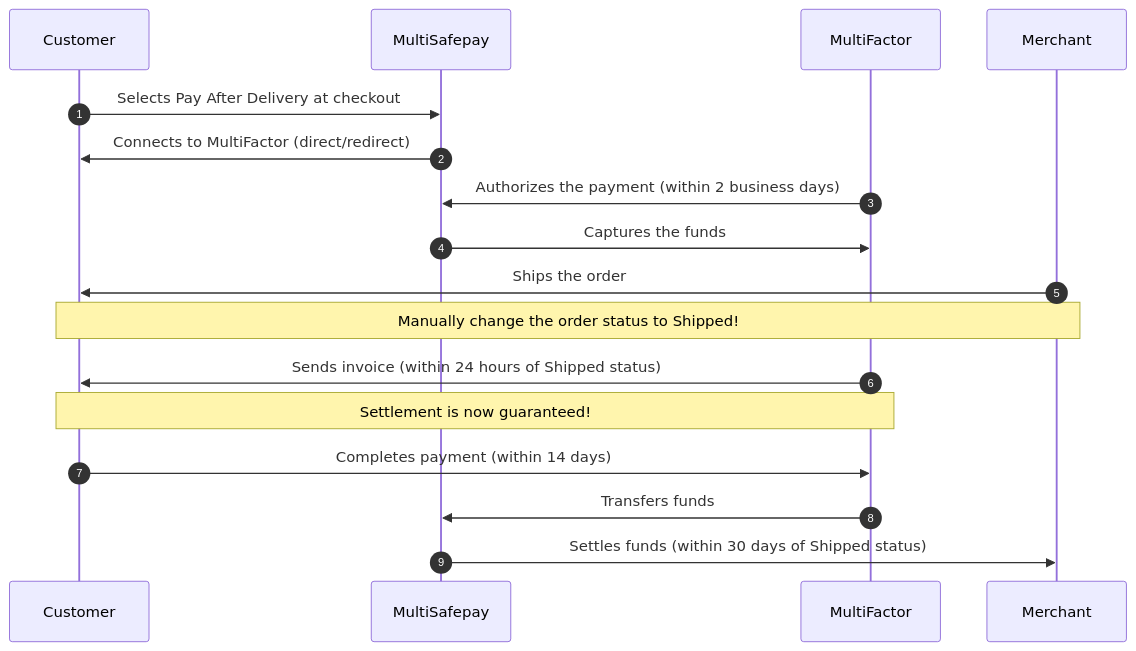
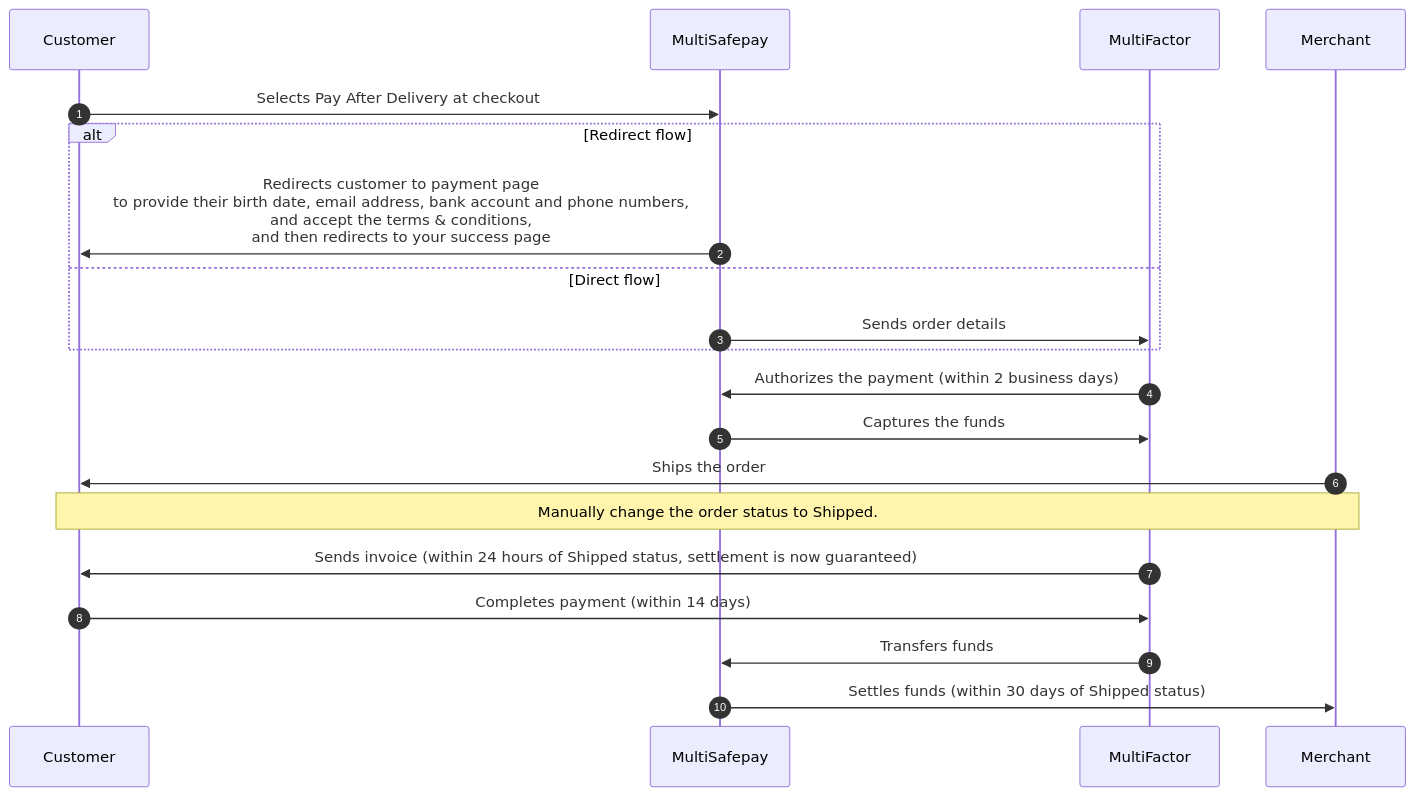
One commit to MultiSafepay/docs changed the diagram in content/payments/methods/pay-later/pay-after-delivery/payment-flow.md. Above: the diagram before and after it, drawn with Mermaid. The commit also changed other lines of this file and 34 other files, not shown here.

```diff
--- a/content/payments/methods/pay-later/pay-after-delivery/payment-flow.md
+++ b/content/payments/methods/pay-later/pay-after-delivery/payment-flow.md
@@ -16,22 +16,25 @@
 {{< mermaid class="text-center" >}}
 
 sequenceDiagram
     autonumber
     participant C as Customer
     participant Mu as MultiSafepay
     participant MF as MultiFactor
     participant Me as Merchant
 
     C->>Mu: Selects Pay After Delivery at checkout
-    Mu->>C: Connects to MultiFactor (direct/redirect)
+    alt Redirect flow
+    Mu->>C: Redirects customer to payment page <br> to provide their birth date, email address, bank account and phone numbers, <br> and accept the terms & conditions, <br> and then redirects to your success page
+    else Direct flow
+    Mu->>MF: Sends order details
+    end
     MF->>Mu: Authorizes the payment (within 2 business days)
     Mu->>MF: Captures the funds
     Me->>C: Ships the order
-    Note over Me,C: Manually change the order status to Shipped! 
-    MF->>C: Sends invoice (within 24 hours of Shipped status)
-    Note over MF,C: Settlement is now guaranteed!
+    Note over Me,C: Manually change the order status to Shipped.
+    MF->>C: Sends invoice (within 24 hours of Shipped status, settlement is now guaranteed)
     C->>MF: Completes payment (within 14 days)
     MF->>Mu: Transfers funds 
     Mu->>Me: Settles funds (within 30 days of Shipped status)
 
 {{< /mermaid >}}
```
